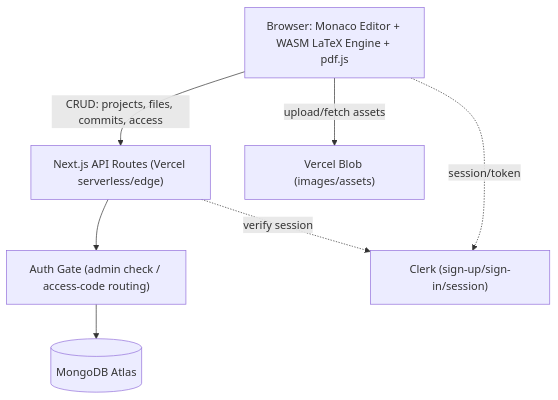
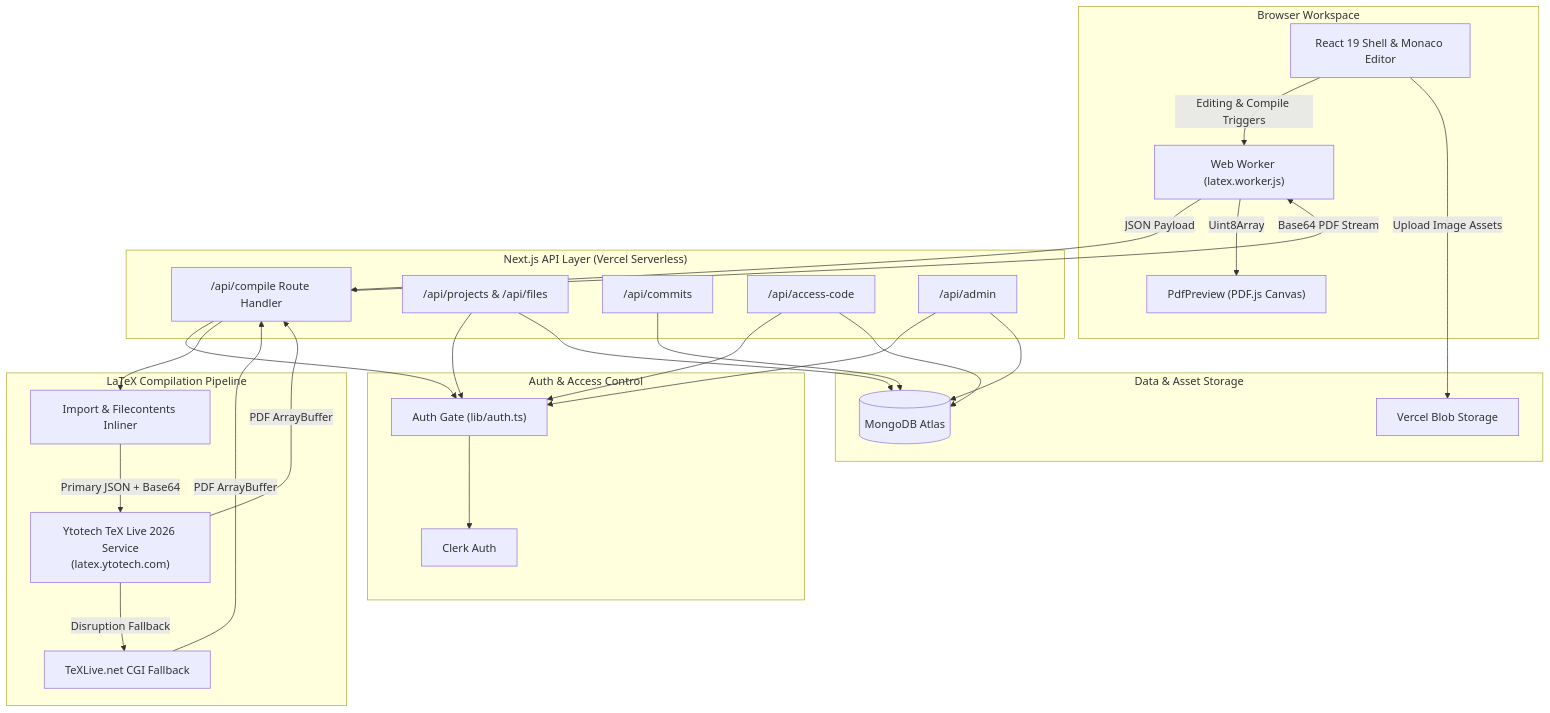
The first of 2 diagrams in docs/architecture.md (Siddhantshukla1657/Texly), drawn with Mermaid before and after one commit. The commit also changed other lines of this file and 16 other files, not shown here.

Commit message:
feat(compiler): build LaTeX compilation engine with recursive asset resolution and bundling

````diff
--- a/docs/architecture.md
+++ b/docs/architecture.md
@@ -10,16 +17,57 @@
 ```mermaid
 graph TD
-    Browser["Browser: Monaco Editor + WASM LaTeX Engine + pdf.js"]
-    API["Next.js API Routes (Vercel serverless/edge)"]
-    Gate["Auth Gate (admin check / access-code routing)"]
-    DB[(MongoDB Atlas)]
-    Blob["Vercel Blob (images/assets)"]
-    Auth["Clerk (sign-up/sign-in/session)"]
+    subgraph Client["Browser Workspace"]
+        UI["React 19 Shell & Monaco Editor"]
+        Worker["Web Worker (latex.worker.js)"]
+        PdfViewer["PdfPreview (PDF.js Canvas)"]
+    end
 
-    Browser -->|CRUD: projects, files, commits, access| API
-    Browser -->|upload/fetch assets| Blob
-    Browser -.session/token.-> Auth
-    API --> Gate
-    Gate --> DB
-    API -.verify session.-> Auth
+    subgraph AuthLayer["Auth & Access Control"]
+        Clerk["Clerk Auth"]
+        AuthGate["Auth Gate (lib/auth.ts)"]
+    end
+
+    subgraph Backend["Next.js API Layer (Vercel Serverless)"]
+        CompileAPI["/api/compile Route Handler"]
+        ProjectAPI["/api/projects & /api/files"]
+        CommitAPI["/api/commits"]
+        AccessAPI["/api/access-code"]
+        AdminAPI["/api/admin"]
+    end
+
+    subgraph CompilerEngine["LaTeX Compilation Pipeline"]
+        Inliner["Import & Filecontents Inliner"]
+        Ytotech["Ytotech TeX Live 2026 Service\n(latex.ytotech.com)"]
+        TeXLiveFallback["TeXLive.net CGI Fallback"]
+    end
+
+    subgraph DataStorage["Data & Asset Storage"]
+        MongoDB[(MongoDB Atlas)]
+        VercelBlob["Vercel Blob Storage"]
+    end
+
+    %% Flow connections
+    UI -->|Editing & Compile Triggers| Worker
+    Worker -->|JSON Payload| CompileAPI
+    UI -->|Upload Image Assets| VercelBlob
+
+    CompileAPI --> AuthGate
+    ProjectAPI --> AuthGate
+    AdminAPI --> AuthGate
+    AccessAPI --> AuthGate
+    AuthGate --> Clerk
+
+    ProjectAPI --> MongoDB
+    CommitAPI --> MongoDB
+    AccessAPI --> MongoDB
+    AdminAPI --> MongoDB
+
+    CompileAPI --> Inliner
+    Inliner -->|Primary JSON + Base64| Ytotech
+    Ytotech -- Disruption Fallback --> TeXLiveFallback
+    Ytotech -->|PDF ArrayBuffer| CompileAPI
+    TeXLiveFallback -->|PDF ArrayBuffer| CompileAPI
+
+    CompileAPI -->|Base64 PDF Stream| Worker
+    Worker -->|Uint8Array| PdfViewer
 ```
````
